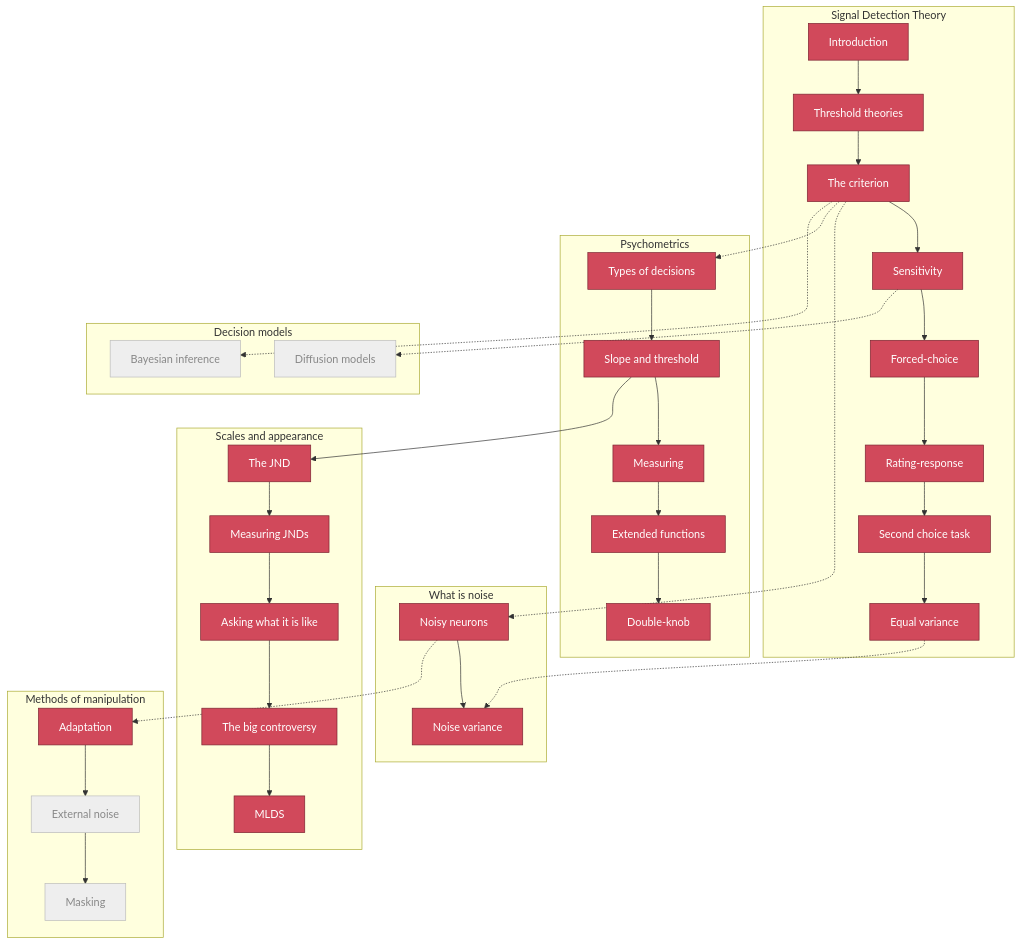
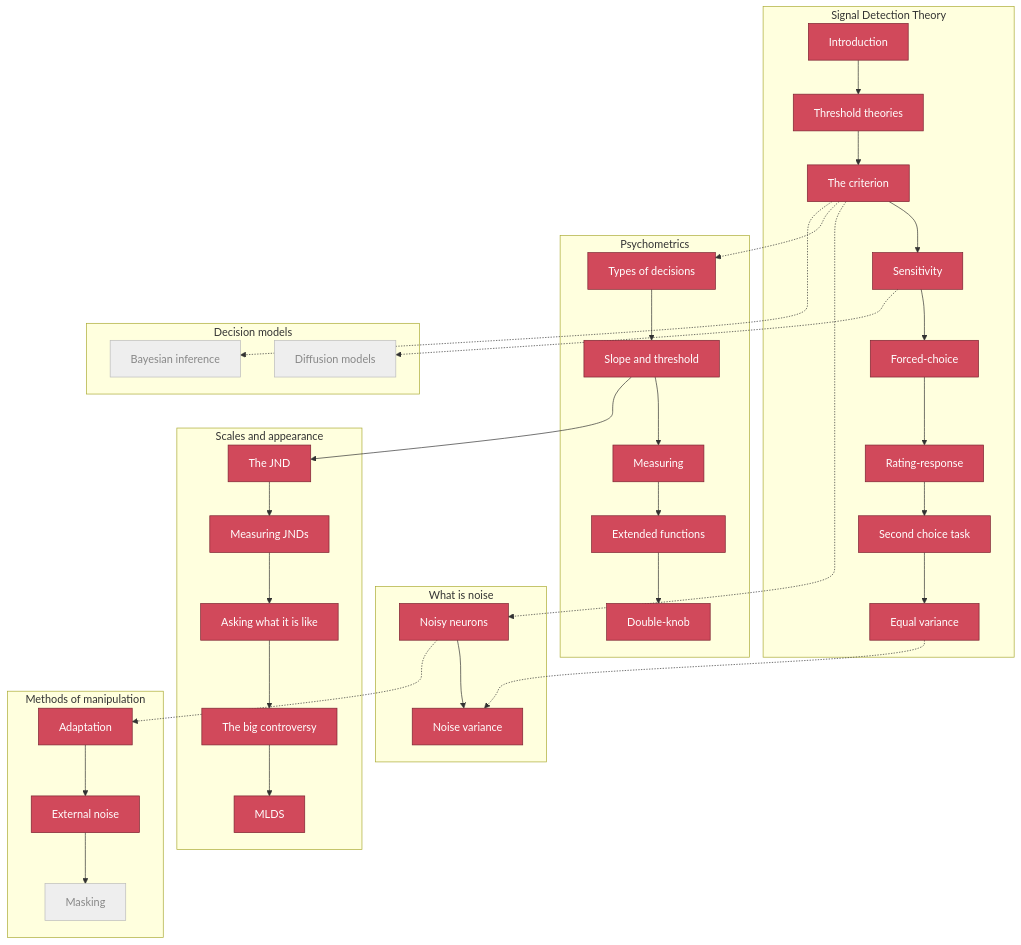
Before and after one commit to tbalsdon/psychophysical-choose-your-own-adventure: the diagram in sitemap.md, drawn with Mermaid. The commit also changed 6 other files, not shown here.

First line of the commit message:
Section 4 batch 2: External noise

````diff
--- a/sitemap.md
+++ b/sitemap.md
@@ -69,8 +69,8 @@
 
     classDef done fill:#d1495b,stroke:#7a2230,color:#fff;
     classDef todo fill:#eee,stroke:#bbb,color:#888;
-    class a,b,d,e,f,g,h,i,nn,nv,pdec,pst,pme,pex,pdk,sjnd,sst,sask,sctrl,smlds,madapt done;
-    class mext,mmask,dm1,dm2 todo;
+    class a,b,d,e,f,g,h,i,nn,nv,pdec,pst,pme,pex,pdk,sjnd,sst,sask,sctrl,smlds,madapt,mext done;
+    class mmask,dm1,dm2 todo;
 
     click a "../modules/sdt-intro"
     click b "../modules/sdt-threshold-theories"
@@ -93,4 +93,5 @@
     click sctrl "../modules/scales-controversy"
     click smlds "../modules/scales-mlds"
     click madapt "../modules/man-adaptation"
+    click mext "../modules/man-external-noise"
 ```
````
